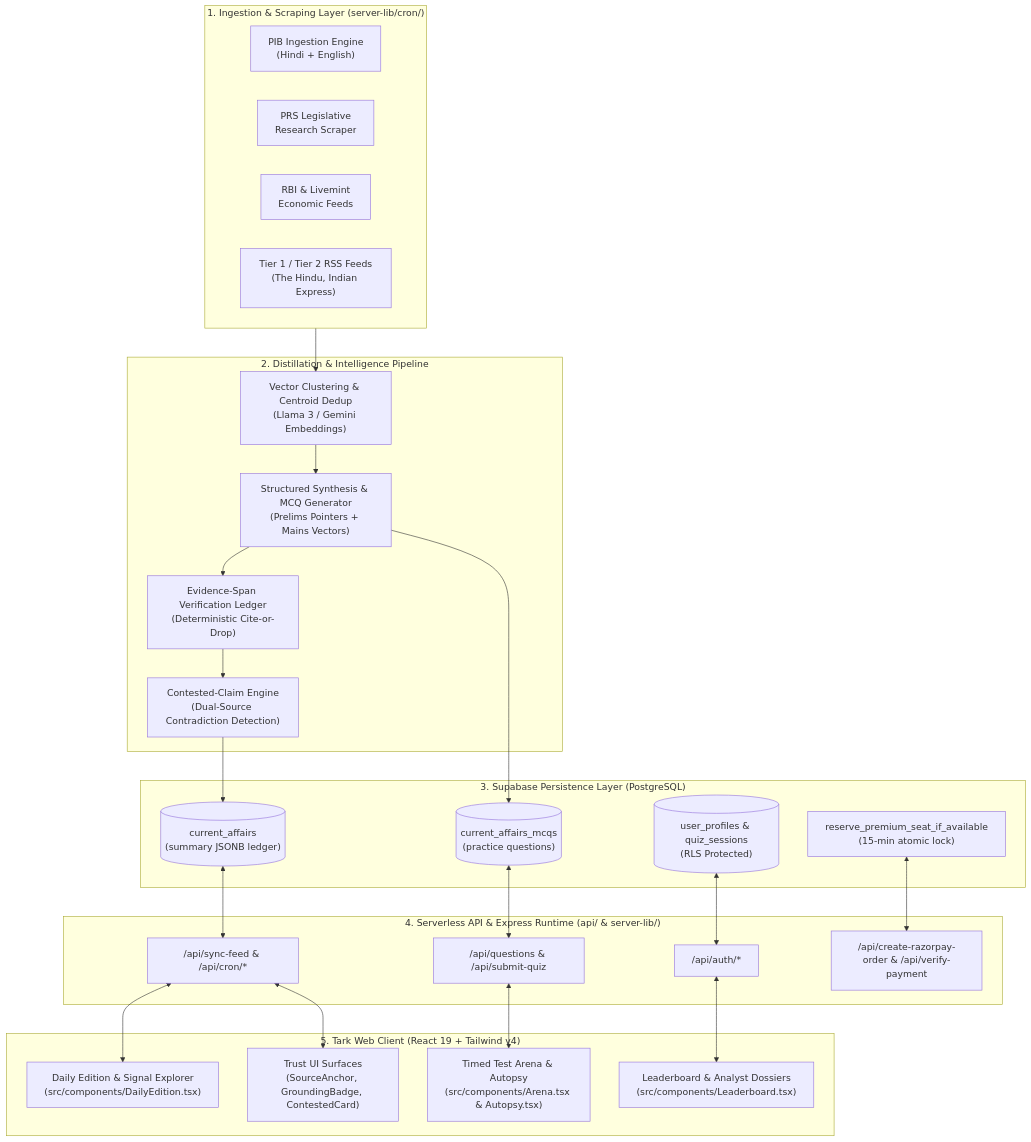
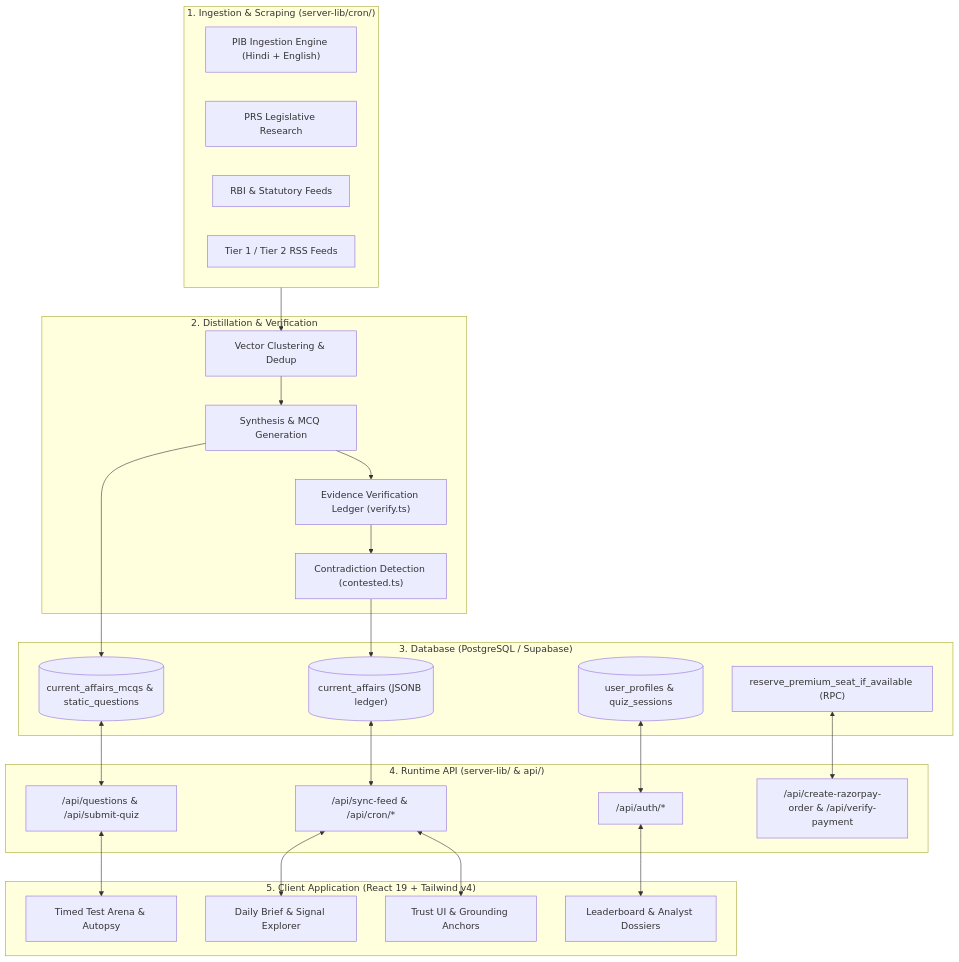
Before and after one commit to suryanshu1520-1/SKU: the diagram in README.md, drawn with Mermaid. The commit also changed other lines of this file and 79 other files, not shown here.

Commit message:
feat: complete audit remediation, union daily MCQs into arena, harden secrets, and refine README

````diff
--- a/README.md
+++ b/README.md
@@ -57,54 +11,45 @@
 ```mermaid
 flowchart TB
-    subgraph INGESTION ["1. Ingestion & Scraping Layer (server-lib/cron/)"]
-        PIB["PIB Ingestion Engine<br/>(Hindi + English)"]
-        PRS["PRS Legislative<br/>Research Scraper"]
-        RBI["RBI & Livemint<br/>Economic Feeds"]
-        RSS["Tier 1 / Tier 2 RSS Feeds<br/>(The Hindu, Indian Express)"]
+    subgraph INGEST ["1. Ingestion & Scraping (server-lib/cron/)"]
+        PIB["PIB Ingestion Engine (Hindi + English)"]
+        PRS["PRS Legislative Research"]
+        RBI["RBI & Statutory Feeds"]
+        RSS["Tier 1 / Tier 2 RSS Feeds"]
     end
 
-    subgraph PIPELINE ["2. Distillation & Intelligence Pipeline"]
-        EMBED["Vector Clustering & Centroid Dedup<br/>(Llama 3 / Gemini Embeddings)"]
-        SYNTH["Structured Synthesis & MCQ Generator<br/>(Prelims Pointers + Mains Vectors)"]
-        VERIFY["Evidence-Span Verification Ledger<br/>(Deterministic Cite-or-Drop)"]
-        CONTEST["Contested-Claim Engine<br/>(Dual-Source Contradiction Detection)"]
+    subgraph PIPELINE ["2. Distillation & Verification"]
+        EMBED["Vector Clustering & Dedup"]
+        SYNTH["Synthesis & MCQ Generation"]
+        VERIFY["Evidence Verification Ledger (verify.ts)"]
+        CONTEST["Contradiction Detection (contested.ts)"]
     end
 
-    subgraph STORAGE ["3. Supabase Persistence Layer (PostgreSQL)"]
-        CA_DB[("current_affairs<br/>(summary JSONB ledger)")]
-        MCQ_DB[("current_affairs_mcqs<br/>(practice questions)")]
-        USER_DB[("user_profiles & quiz_sessions<br/>(RLS Protected)")]
-        SEAT_RPC["reserve_premium_seat_if_available<br/>(15-min atomic lock)"]
+    subgraph STORAGE ["3. Database (PostgreSQL / Supabase)"]
+        CA_DB[("current_affairs (JSONB ledger)")]
+        MCQ_DB[("current_affairs_mcqs & static_questions")]
+        USER_DB[("user_profiles & quiz_sessions")]
+        SEAT_RPC["reserve_premium_seat_if_available (RPC)"]
     end
 
-    subgraph API ["4. Serverless API & Express Runtime (api/ & server-lib/)"]
+    subgraph RUNTIME ["4. Runtime API (server-lib/ & api/)"]
         AUTH_API["/api/auth/*"]
         QUIZ_API["/api/questions & /api/submit-quiz"]
         FEED_API["/api/sync-feed & /api/cron/*"]
         PAY_API["/api/create-razorpay-order & /api/verify-payment"]
     end
 
-    subgraph CLIENT ["5. Tark Web Client (React 19 + Tailwind v4)"]
-        DAILY["Daily Edition & Signal Explorer<br/>(src/components/DailyEdition.tsx)"]
-        TRUST["Trust UI Surfaces<br/>(SourceAnchor, GroundingBadge, ContestedCard)"]
-        ARENA["Timed Test Arena & Autopsy<br/>(src/components/Arena.tsx & Autopsy.tsx)"]
-        LEADER["Leaderboard & Analyst Dossiers<br/>(src/components/Leaderboard.tsx)"]
+    subgraph CLIENT ["5. Client Application (React 19 + Tailwind v4)"]
+        ARENA["Timed Test Arena & Autopsy"]
+        DAILY["Daily Brief & Signal Explorer"]
+        TRUST["Trust UI & Grounding Anchors"]
+        LEADER["Leaderboard & Analyst Dossiers"]
     end
 
-    INGESTION --> EMBED
-    EMBED --> SYNTH
-    SYNTH --> VERIFY
-    VERIFY --> CONTEST
-    CONTEST --> CA_DB
+    INGEST --> EMBED --> SYNTH --> VERIFY --> CONTEST --> CA_DB
     SYNTH --> MCQ_DB
-
-    CA_DB <--> FEED_API
-    MCQ_DB <--> QUIZ_API
-    USER_DB <--> AUTH_API
+    CA_DB <--> FEED_API <--> DAILY
+    MCQ_DB <--> QUIZ_API <--> ARENA
+    USER_DB <--> AUTH_API <--> LEADER
     SEAT_RPC <--> PAY_API
-
-    FEED_API <--> DAILY
     FEED_API <--> TRUST
-    QUIZ_API <--> ARENA
-    AUTH_API <--> LEADER
 ```
````
